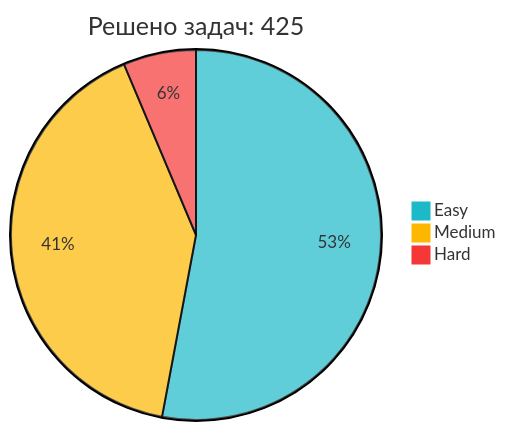
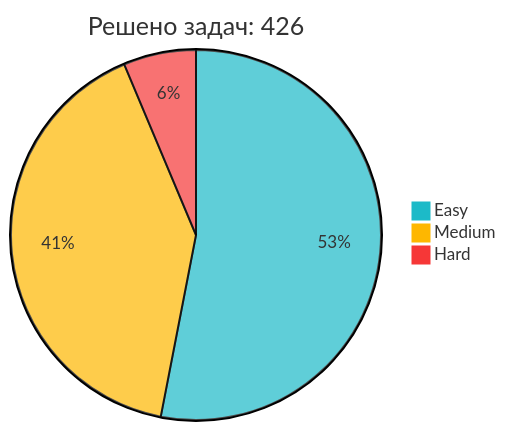
The diagram in README.md (IliaKurdukov/IliaKurdukov), drawn with Mermaid before and after one commit. The commit also changed other lines of this file, not shown here.

Commit message:
📈 Обновление статистики LeetCode

````diff
--- a/README.md
+++ b/README.md
@@ -51,7 +51,7 @@
 ```mermaid
 %%{init: {'theme': 'base', 'themeVariables': { 'pie1': '#1CBAC8', 'pie2': '#FEB700', 'pie3': '#F63737' }, 'config': {'width': 300, 'height': 200}}}%%
-pie title Решено задач: 425
-   "Easy" : 225
+pie title Решено задач: 426
+   "Easy" : 226
    "Medium" : 173
    "Hard" : 27
 ```
````
